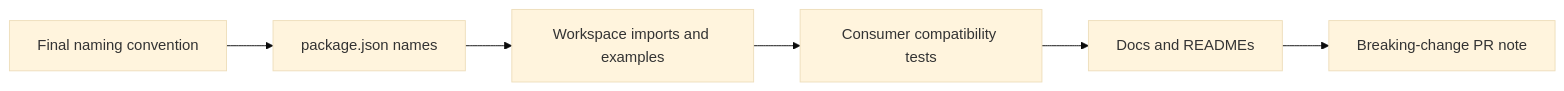
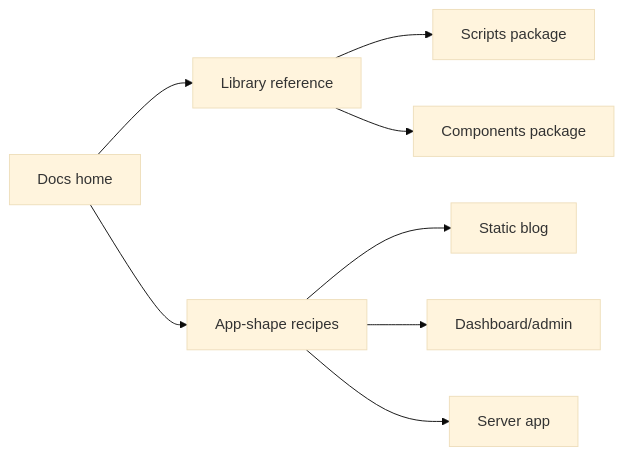
One commit to Macavitymadcap/hyper-dank changed the diagram in docs/tickets/pace-0037.md. Above: the diagram before and after it, drawn with Mermaid (base theme). The commit also changed other lines of this file and 8 other files, not shown here.

````diff
--- a/docs/tickets/pace-0037.md
+++ b/docs/tickets/pace-0037.md
@@ -58,8 +60,10 @@
 ```mermaid
 flowchart LR
-  Decision["Final naming convention"] --> Packages["package.json names"]
-  Packages --> Imports["Workspace imports and examples"]
-  Imports --> Compat["Consumer compatibility tests"]
-  Compat --> Docs["Docs and READMEs"]
-  Docs --> Release["Breaking-change PR note"]
+  Home["Docs home"] --> Libraries["Library reference"]
+  Home --> Recipes["App-shape recipes"]
+  Recipes --> Blog["Static blog"]
+  Recipes --> Dashboard["Dashboard/admin"]
+  Recipes --> Server["Server app"]
+  Libraries --> Scripts["Scripts package"]
+  Libraries --> Components["Components package"]
 ```
````
